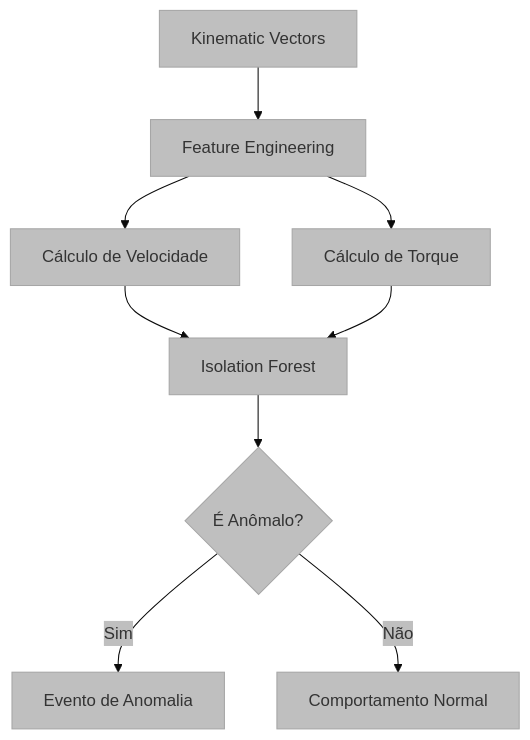
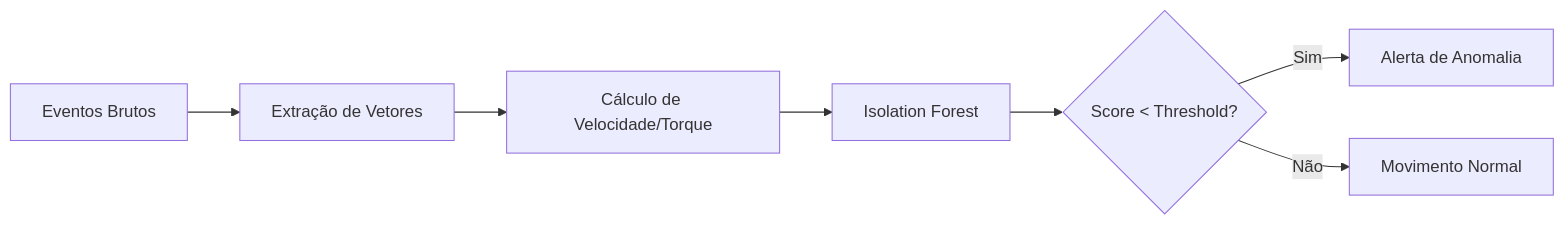
The diagram in docs/ml_anomalies_analysis.md (marcus-v-rodrigues/ux-auditor-api), drawn with Mermaid before and after one commit. The commit also changed other lines of this file and 10 other files, not shown here.

````diff
--- a/docs/ml_anomalies_analysis.md
+++ b/docs/ml_anomalies_analysis.md
@@ -9,11 +28,9 @@
 ```mermaid
-%%{init: {'theme': 'base', 'themeVariables': { 'primaryColor': '#bfbfbf', 'edgeColor': '#5d5d5d' }, "flowchart": {"subGraphTitleMargin": {"bottom": 30}}}}%%
-graph TD
-    KV[Kinematic Vectors] --> FE[Feature Engineering]
-    FE --> V[Cálculo de Velocidade]
-    FE --> T[Cálculo de Torque]
-    V & T --> M[Isolation Forest]
-    M --> Outliers{É Anômalo?}
-    Outliers -->|Sim| AI[Evento de Anomalia]
-    Outliers -->|Não| Normal[Comportamento Normal]
+graph LR
+    A[Eventos Brutos] --> B[Extração de Vetores]
+    B --> C[Cálculo de Velocidade/Torque]
+    C --> D[Isolation Forest]
+    D --> E{Score < Threshold?}
+    E -->|Sim| F[Alerta de Anomalia]
+    E -->|Não| G[Movimento Normal]
 ```
````
